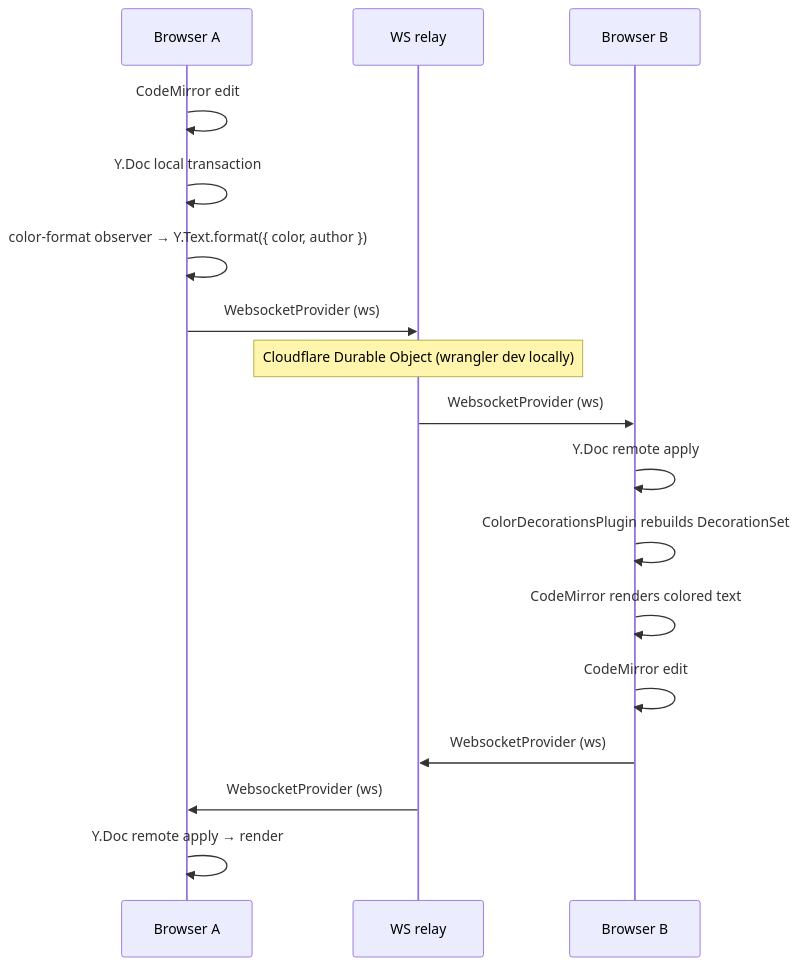
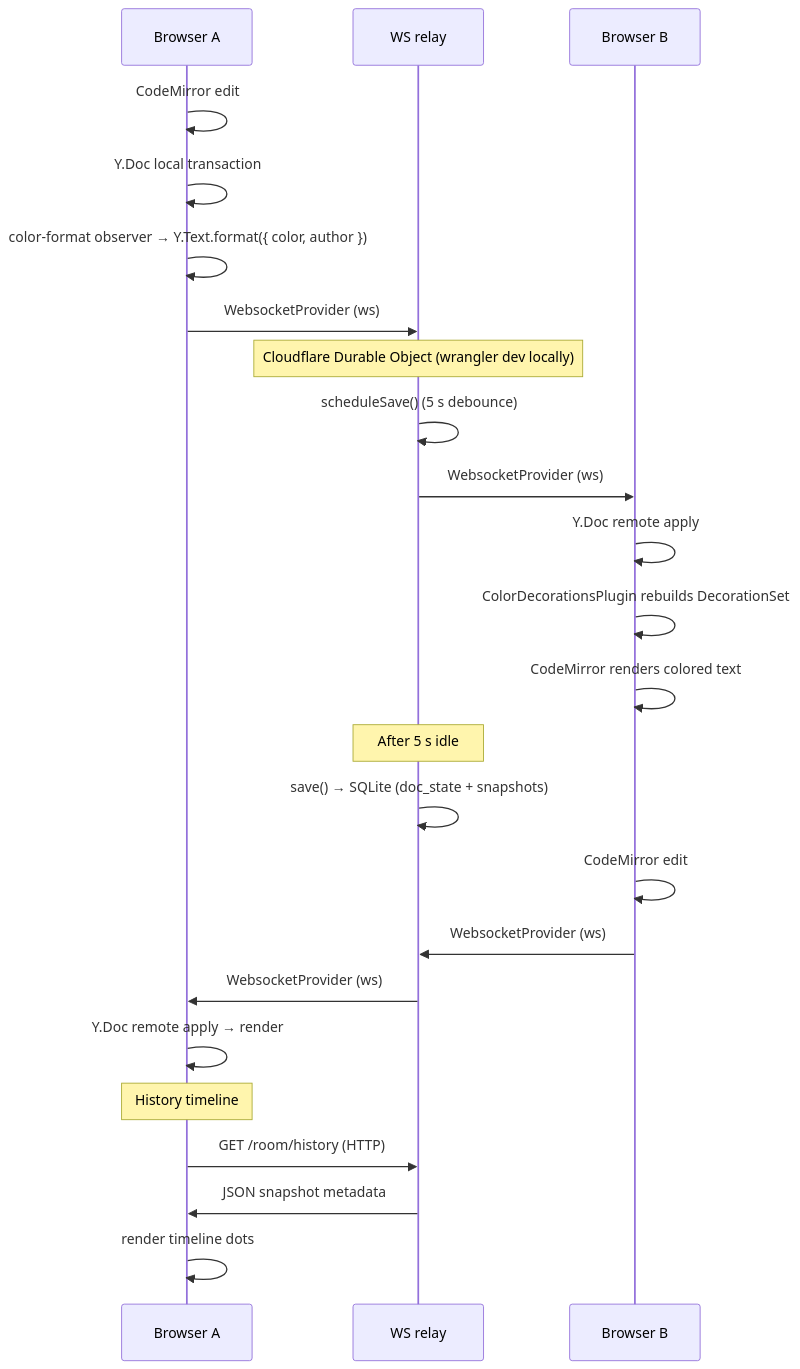
The first of 2 diagrams in README.md (am/shake-gently), drawn with Mermaid before and after one commit. The commit also changed other lines of this file and 5 other files, not shown here.

````diff
--- a/README.md
+++ b/README.md
@@ -54,21 +57,30 @@
 ```mermaid
 sequenceDiagram
     participant A as Browser A
     participant S as WS relay
     participant B as Browser B
 
     A->>A: CodeMirror edit
     A->>A: Y.Doc local transaction
     A->>A: color-format observer → Y.Text.format({ color, author })
     A->>S: WebsocketProvider (ws)
     Note over S: Cloudflare Durable Object (wrangler dev locally)
+    S->>S: scheduleSave() (5 s debounce)
     S->>B: WebsocketProvider (ws)
     B->>B: Y.Doc remote apply
     B->>B: ColorDecorationsPlugin rebuilds DecorationSet
     B->>B: CodeMirror renders colored text
 
+    Note over S: After 5 s idle
+    S->>S: save() → SQLite (doc_state + snapshots)
+
     B->>B: CodeMirror edit
     B->>S: WebsocketProvider (ws)
     S->>A: WebsocketProvider (ws)
     A->>A: Y.Doc remote apply → render
+
+    Note over A: History timeline
+    A->>S: GET /room/history (HTTP)
+    S->>A: JSON snapshot metadata
+    A->>A: render timeline dots
 ```
````
